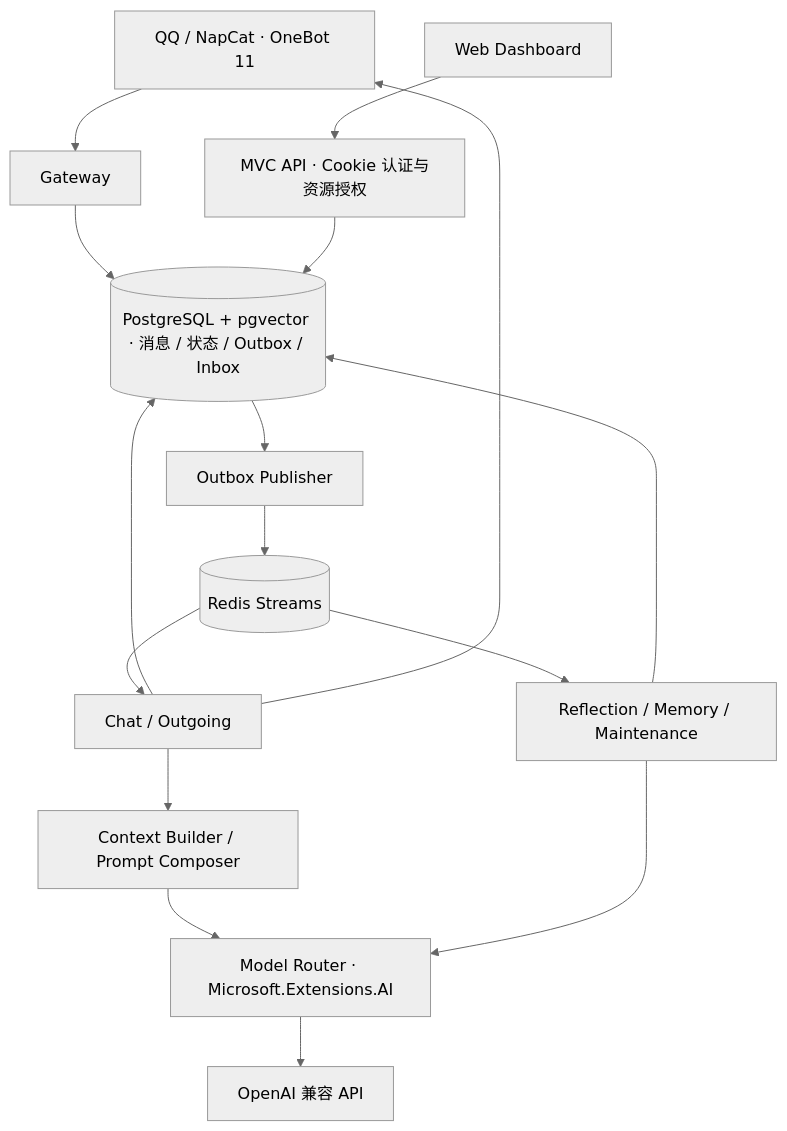
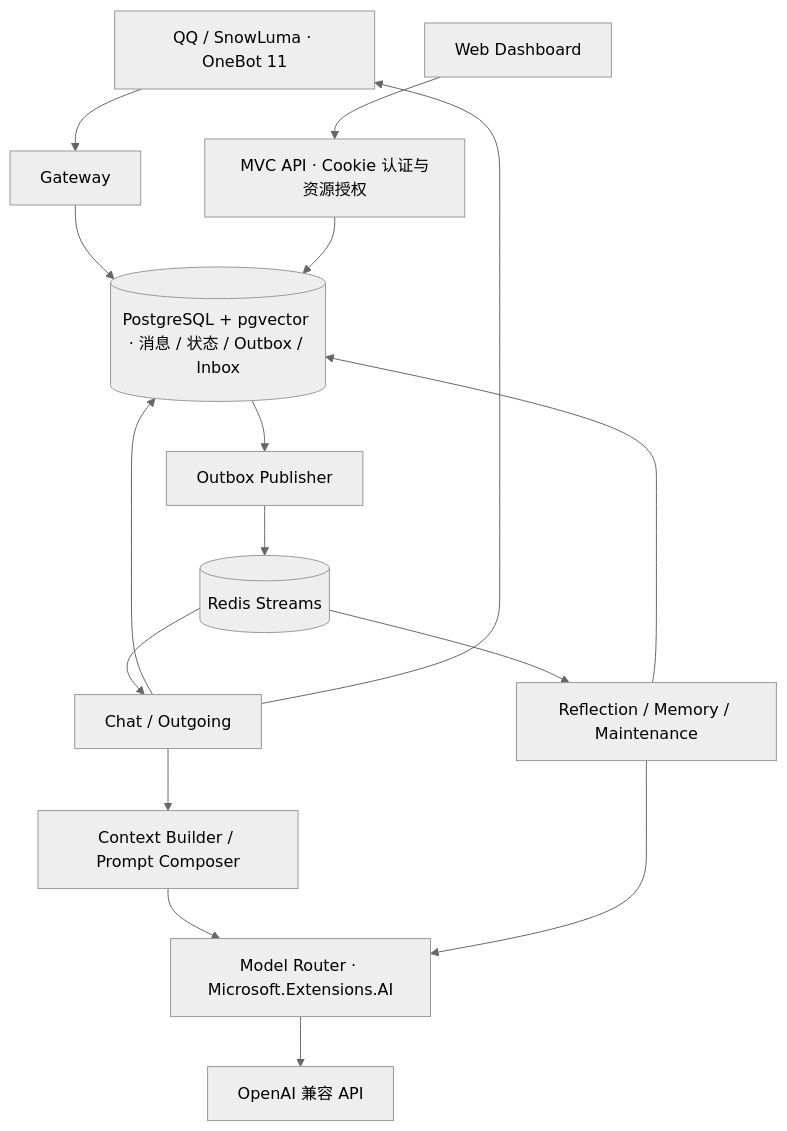
One commit to Raspberry-Monster/Wonder changed the diagram in docs/Wonder-Architecture-v0.1.md. Above: the diagram before and after it, drawn with Mermaid (neutral theme). The commit also changed other lines of this file and 17 other files, not shown here.

````diff
--- a/docs/Wonder-Architecture-v0.1.md
+++ b/docs/Wonder-Architecture-v0.1.md
@@ -18,18 +18,18 @@
 ```mermaid
 flowchart TB
-  QQ[QQ / NapCat · OneBot 11] --> GW[Gateway]
+  QQ[QQ / SnowLuma · OneBot 11] --> GW[Gateway]
   UI[Web Dashboard] --> API[MVC API · Cookie 认证与资源授权]
   GW --> DB[(PostgreSQL + pgvector · 消息 / 状态 / Outbox / Inbox)]
   API --> DB
   DB --> PUB[Outbox Publisher]
   PUB --> QUEUE[(Redis Streams)]
   QUEUE --> CHAT[Chat / Outgoing]
   QUEUE --> REFLECT[Reflection / Memory / Maintenance]
   CHAT --> CTX[Context Builder / Prompt Composer]
   CTX --> MODEL[Model Router · Microsoft.Extensions.AI]
   REFLECT --> MODEL
   MODEL --> LLM[OpenAI 兼容 API]
   CHAT --> DB
   REFLECT --> DB
   CHAT --> QQ
 ```
````
